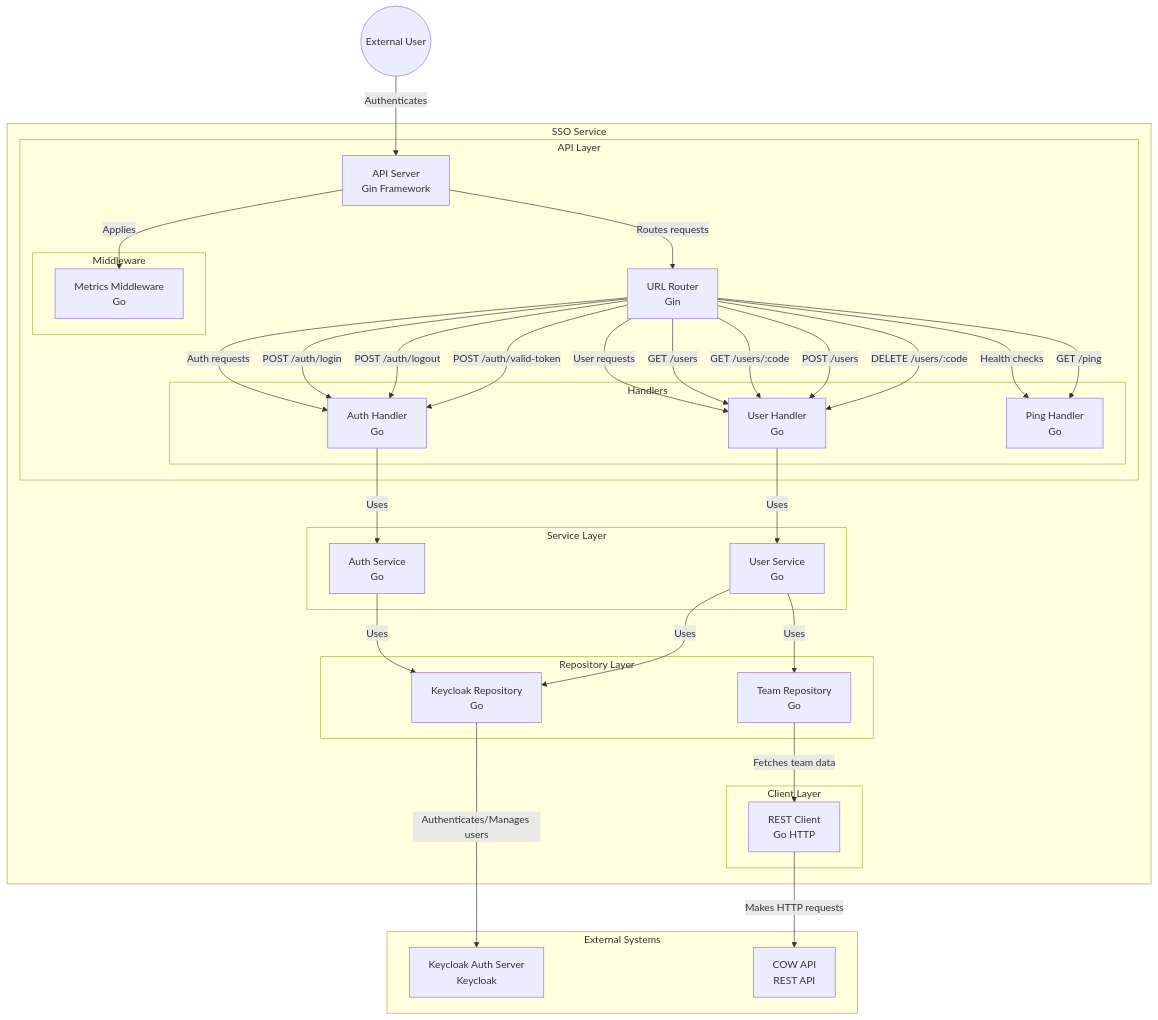
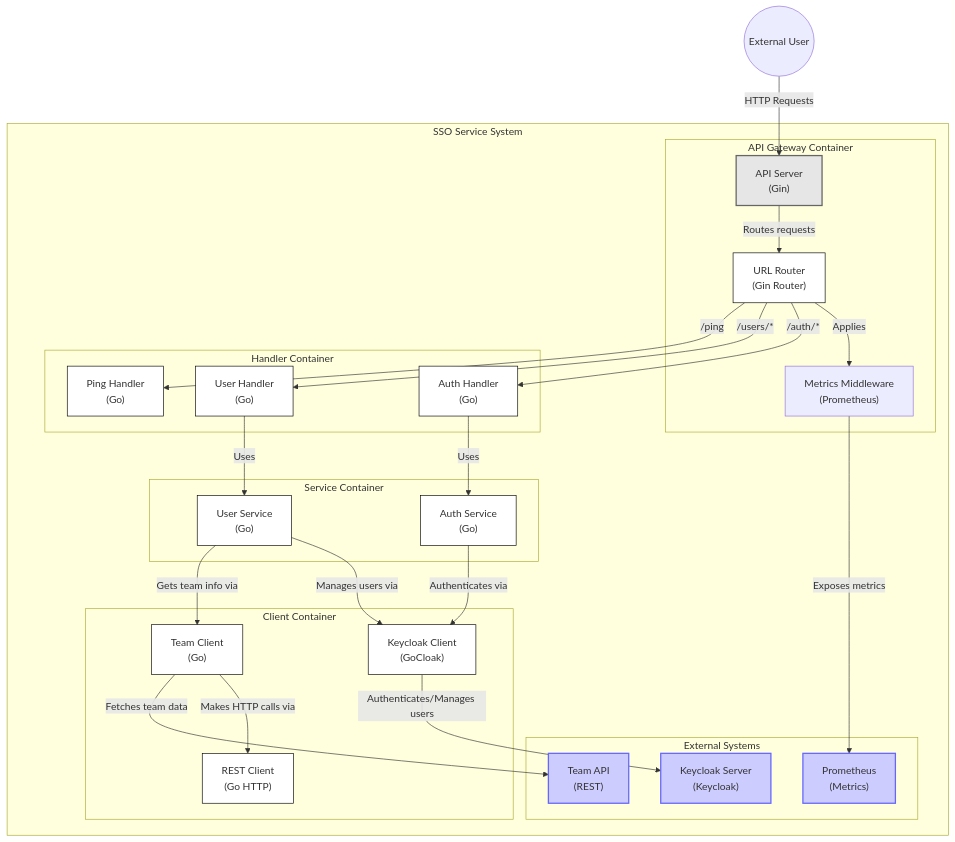
The diagram in README.md (furialfonso/sso-service), drawn with Mermaid before and after one commit. The commit also changed 12 other files, not shown here.

````diff
--- a/README.md
+++ b/README.md
@@ -16,75 +16,71 @@
 ```mermaid
 graph TB
     User((External User))
-    
-    subgraph "SSO Service"
-        subgraph "API Layer"
-            GinServer["API Server<br>Gin Framework"]
-            
-            subgraph "Handlers"
-                AuthHandler["Auth Handler<br>Go"]
-                UserHandler["User Handler<br>Go"]
-                PingHandler["Ping Handler<br>Go"]
-            end
-            
-            subgraph "Middleware"
-                MetricsMiddleware["Metrics Middleware<br>Go"]
-            end
-            
-            Router["URL Router<br>Gin"]
+
+    subgraph "SSO Service System"
+        subgraph "API Gateway Container"
+            GinServer["API Server<br>(Gin)"]
+            Router["URL Router<br>(Gin Router)"]
+            MetricsMiddleware["Metrics Middleware<br>(Prometheus)"]
         end
-        
-        subgraph "Service Layer"
-            AuthService["Auth Service<br>Go"]
-            UserService["User Service<br>Go"]
+
+        subgraph "Handler Container"
+            AuthHandler["Auth Handler<br>(Go)"]
+            UserHandler["User Handler<br>(Go)"]
+            PingHandler["Ping Handler<br>(Go)"]
         end
-        
-        subgraph "Repository Layer"
-            KeycloakRepo["Keycloak Repository<br>Go"]
-            TeamRepo["Team Repository<br>Go"]
+
+        subgraph "Service Container"
+            AuthService["Auth Service<br>(Go)"]
+            UserService["User Service<br>(Go)"]
         end
-        
-        subgraph "Client Layer"
-            RestClient["REST Client<br>Go HTTP"]
+
+        subgraph "Client Container"
+            KeycloakClient["Keycloak Client<br>(GoCloak)"]
+            RestClient["REST Client<br>(Go HTTP)"]
+            TeamClient["Team Client<br>(Go)"]
         end
-    end
-    
-    subgraph "External Systems"
-        KeycloakAuth["Keycloak Auth Server<br>Keycloak"]
-        CowAPI["COW API<br>REST API"]
+
+        subgraph "External Systems"
+            Keycloak["Keycloak Server<br>(Keycloak)"]
+            TeamAPI["Team API<br>(REST)"]
+            PrometheusMetrics["Prometheus<br>(Metrics)"]
+        end
     end
 
     %% User interactions
-    User -->|"Authenticates"| GinServer
-    
-    %% API Layer connections
+    User -->|"HTTP Requests"| GinServer
+
+    %% API Gateway relationships
     GinServer -->|"Routes requests"| Router
-    Router -->|"Auth requests"| AuthHandler
-    Router -->|"User requests"| UserHandler
-    Router -->|"Health checks"| PingHandler
-    GinServer -->|"Applies"| MetricsMiddleware
-    
-    %% Handler to Service connections
+    Router -->|"Applies"| MetricsMiddleware
+    MetricsMiddleware -->|"Exposes metrics"| PrometheusMetrics
+
+    %% Router to Handler relationships
+    Router -->|"/auth/*"| AuthHandler
+    Router -->|"/users/*"| UserHandler
+    Router -->|"/ping"| PingHandler
+
+    %% Handler to Service relationships
     AuthHandler -->|"Uses"| AuthService
     UserHandler -->|"Uses"| UserService
+
+    %% Service to Client relationships
+    AuthService -->|"Authenticates via"| KeycloakClient
+    UserService -->|"Manages users via"| KeycloakClient
+    UserService -->|"Gets team info via"| TeamClient
+    TeamClient -->|"Makes HTTP calls via"| RestClient
+
+    %% External system connections
+    KeycloakClient -->|"Authenticates/Manages users"| Keycloak
+    TeamClient -->|"Fetches team data"| TeamAPI
+
+    %% Styling
+    classDef container fill:#e6e6e6,stroke:#666,stroke-width:2px
+    classDef component fill:#fff,stroke:#000,stroke-width:1px
+    classDef external fill:#ccf,stroke:#66f,stroke-width:2px
     
-    %% Service to Repository connections
-    AuthService -->|"Uses"| KeycloakRepo
-    UserService -->|"Uses"| KeycloakRepo
-    UserService -->|"Uses"| TeamRepo
-    
-    %% Repository to External Systems connections
-    KeycloakRepo -->|"Authenticates/Manages users"| KeycloakAuth
-    TeamRepo -->|"Fetches team data"| RestClient
-    RestClient -->|"Makes HTTP requests"| CowAPI
-    
-    %% Main API endpoints
-    Router -->|"POST /auth/login"| AuthHandler
-    Router -->|"POST /auth/logout"| AuthHandler
-    Router -->|"POST /auth/valid-token"| AuthHandler
-    Router -->|"GET /users"| UserHandler
-    Router -->|"GET /users/:code"| UserHandler
-    Router -->|"POST /users"| UserHandler
-    Router -->|"DELETE /users/:code"| UserHandler
-    Router -->|"GET /ping"| PingHandler
+    class GinServer,Handler,Service,Client container
+    class Router,AuthHandler,UserHandler,PingHandler,AuthService,UserService,KeycloakClient,RestClient,TeamClient component
+    class Keycloak,TeamAPI,PrometheusMetrics external
 ```
````
